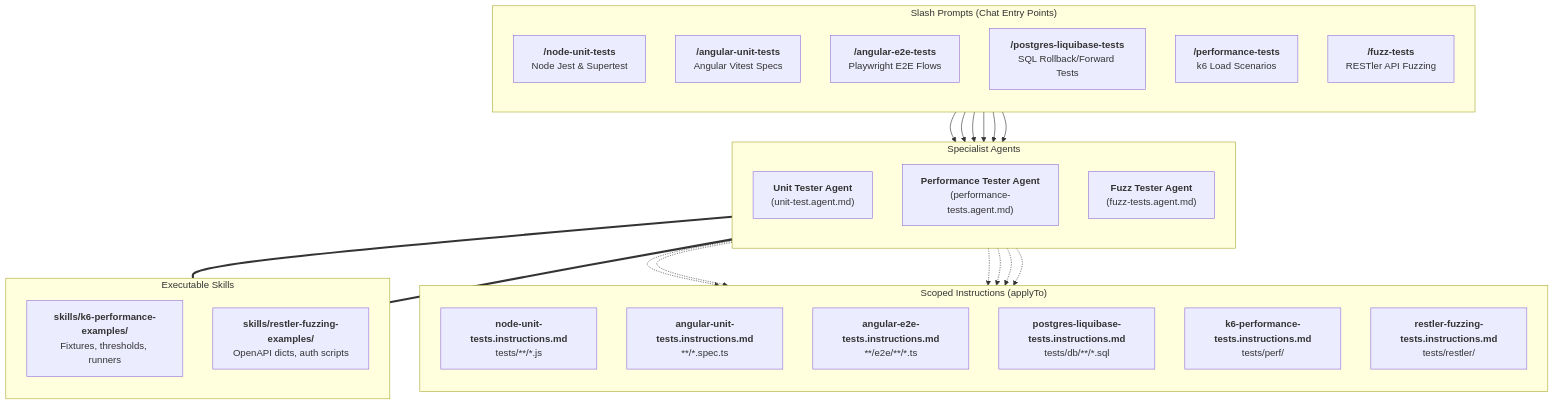
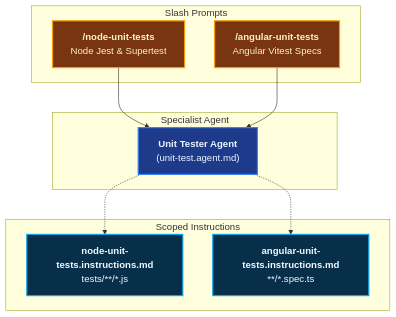
One commit to ALTEN-group/coding-pal changed the first of 5 diagrams in website/docs/guide/domain-testing.md. Above: the diagram before and after it, drawn with Mermaid. The commit also changed other lines of this file and 19 other files, not shown here.

First line of the commit message:
feat: add E2E Tester agent and update related documentation

````diff
--- a/website/docs/guide/domain-testing.md
+++ b/website/docs/guide/domain-testing.md
@@ -11,55 +13,32 @@
 ```mermaid
 ---
-caption: Testing & Verification Capability Flow
+caption: Unit & Component Testing Flow
 ---
 flowchart TD
-    subgraph Triggers ["Slash Prompts (Chat Entry Points)"]
-        direction TB
+    subgraph Triggers ["Slash Prompts"]
         P_NODE["<b>/node-unit-tests</b><br/>Node Jest & Supertest"]
         P_NG_U["<b>/angular-unit-tests</b><br/>Angular Vitest Specs"]
-        P_NG_E2E["<b>/angular-e2e-tests</b><br/>Playwright E2E Flows"]
-        P_DB["<b>/postgres-liquibase-tests</b><br/>SQL Rollback/Forward Tests"]
-        P_PERF["<b>/performance-tests</b><br/>k6 Load Scenarios"]
-        P_FUZZ["<b>/fuzz-tests</b><br/>RESTler API Fuzzing"]
     end
 
-    subgraph Specialists ["Specialist Agents"]
-        direction TB
+    subgraph Specialists ["Specialist Agent"]
         A_UNIT["<b>Unit Tester Agent</b><br/>(unit-test.agent.md)"]
-        A_PERF["<b>Performance Tester Agent</b><br/>(performance-tests.agent.md)"]
-        A_FUZZ["<b>Fuzz Tester Agent</b><br/>(fuzz-tests.agent.md)"]
     end
 
-    subgraph Standards ["Scoped Instructions (applyTo)"]
-        direction TB
+    subgraph Standards ["Scoped Instructions"]
         I_NODE["<b>node-unit-tests.instructions.md</b><br/>tests/**/*.js"]
         I_NG_U["<b>angular-unit-tests.instructions.md</b><br/>**/*.spec.ts"]
-        I_NG_E2E["<b>angular-e2e-tests.instructions.md</b><br/>**/e2e/**/*.ts"]
-        I_DB["<b>postgres-liquibase-tests.instructions.md</b><br/>tests/db/**/*.sql"]
-        I_PERF["<b>k6-performance-tests.instructions.md</b><br/>tests/perf/"]
-        I_FUZZ["<b>restler-fuzzing-tests.instructions.md</b><br/>tests/restler/"]
-    end
-
-    subgraph Bundles ["Executable Skills"]
-        direction TB
-        S_PERF["<b>skills/k6-performance-examples/</b><br/>Fixtures, thresholds, runners"]
-        S_FUZZ["<b>skills/restler-fuzzing-examples/</b><br/>OpenAPI dicts, auth scripts"]
     end
 
     P_NODE --> A_UNIT
     P_NG_U --> A_UNIT
-    P_NG_E2E --> A_UNIT
-    P_DB --> A_UNIT
-    P_PERF --> A_PERF
-    P_FUZZ --> A_FUZZ
-
     A_UNIT -.-> I_NODE
     A_UNIT -.-> I_NG_U
-    A_UNIT -.-> I_NG_E2E
-    A_UNIT -.-> I_DB
-    A_PERF -.-> I_PERF
-    A_FUZZ -.-> I_FUZZ
 
-    A_PERF === S_PERF
-    A_FUZZ === S_FUZZ
+    classDef prompt fill:#78350f,stroke:#f59e0b,stroke-width:2px,color:#fef3c7;
+    classDef agent fill:#1e3a8a,stroke:#3b82f6,stroke-width:2px,color:#eff6ff;
+    classDef standard fill:#082f49,stroke:#0ea5e9,stroke-width:2px,color:#f0f9ff;
+
+    class P_NODE,P_NG_U prompt;
+    class A_UNIT agent;
+    class I_NODE,I_NG_U standard;
 ```
````
